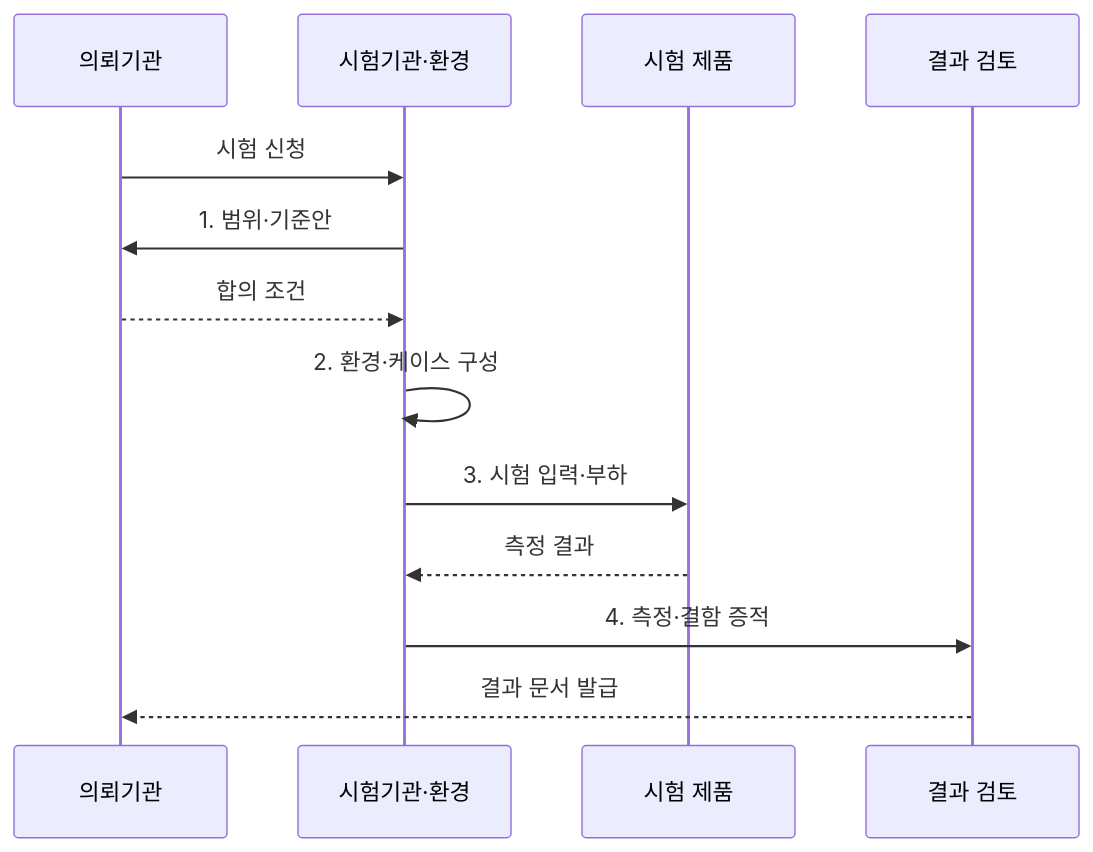
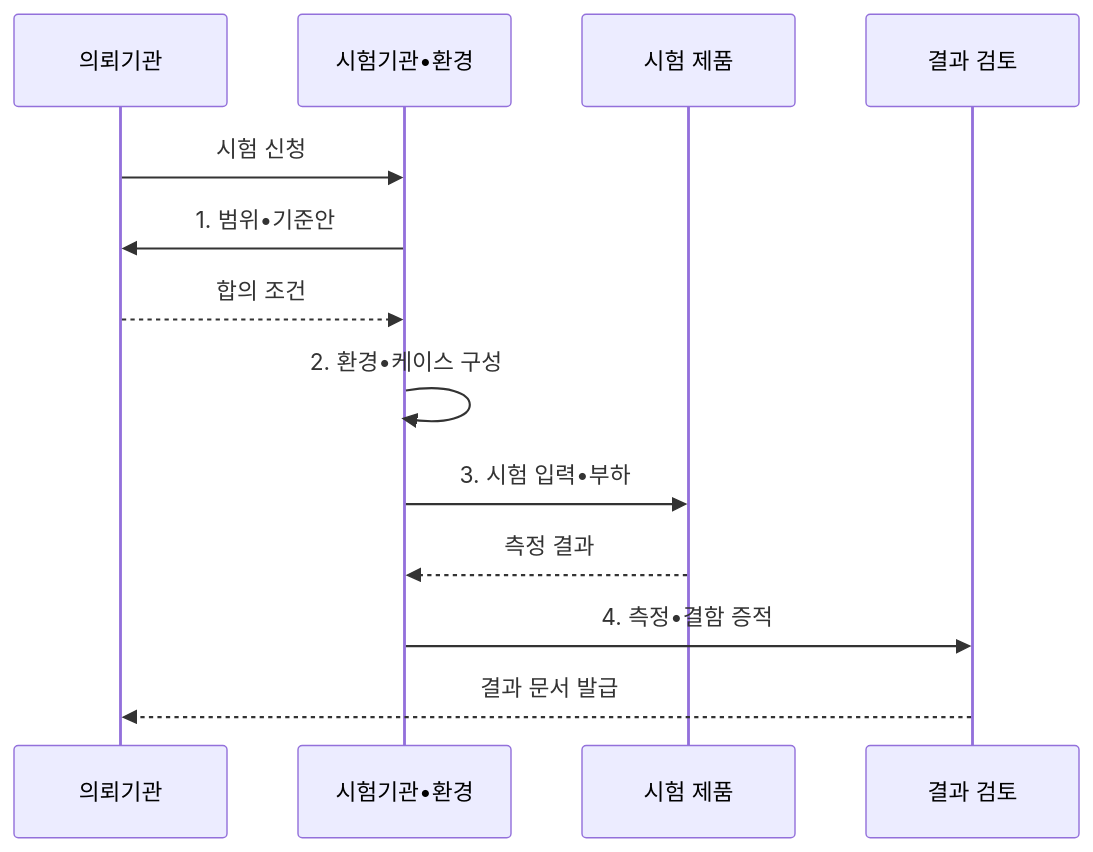
One commit to agnusdei1207/knowledge-base changed the second of 2 diagrams in src/content/docs/notes/03-software/186_tta_sw_quality_test.md. Above: the diagram before and after it, drawn with Mermaid. The commit also changed other lines of this file and 953 other files, not shown here.

````diff
--- a/src/content/docs/notes/03-software/186_tta_sw_quality_test.md
+++ b/src/content/docs/notes/03-software/186_tta_sw_quality_test.md
@@ -102,15 +102,15 @@
 ```mermaid
 sequenceDiagram
     participant C as 의뢰기관
-    participant T as 시험기관·환경
+    participant T as 시험기관•환경
     participant P as 시험 제품
     participant R as 결과 검토
     C->>T: 시험 신청
-    T->>C: 1. 범위·기준안
+    T->>C: 1. 범위•기준안
     C-->>T: 합의 조건
-    T->>T: 2. 환경·케이스 구성
-    T->>P: 3. 시험 입력·부하
+    T->>T: 2. 환경•케이스 구성
+    T->>P: 3. 시험 입력•부하
     P-->>T: 측정 결과
-    T->>R: 4. 측정·결함 증적
+    T->>R: 4. 측정•결함 증적
     R-->>C: 결과 문서 발급
 ```
````
